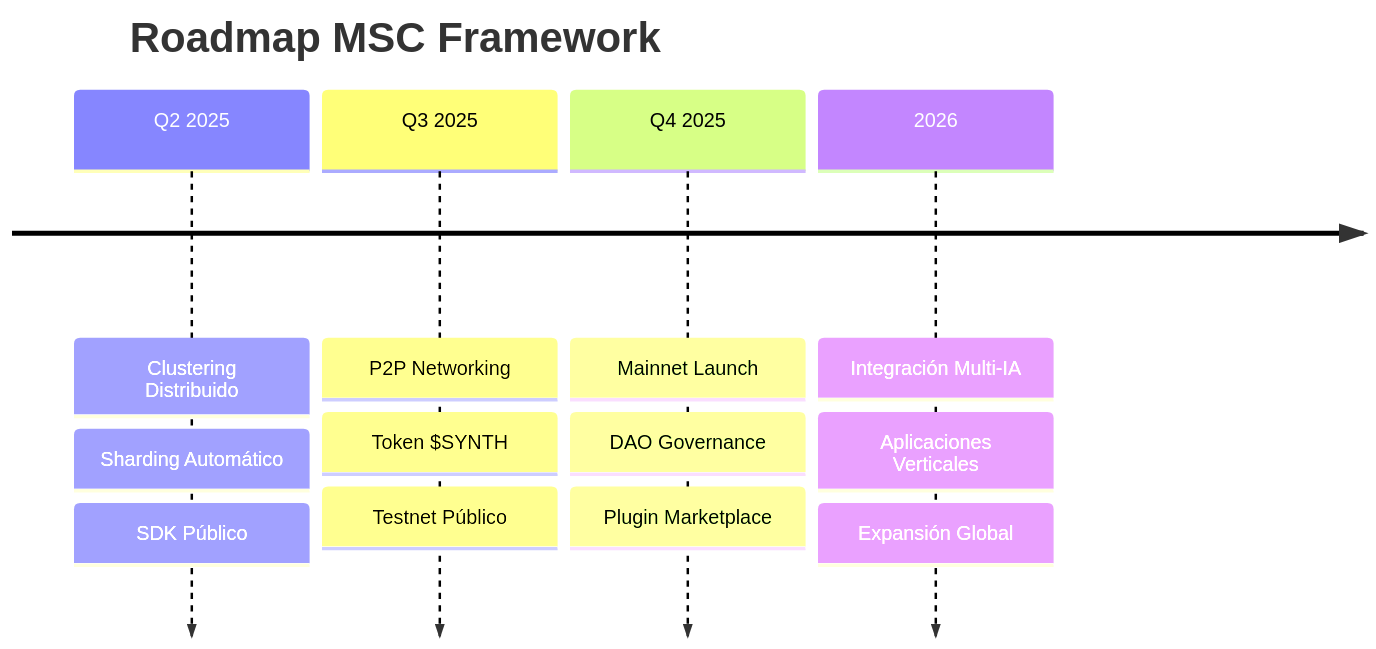
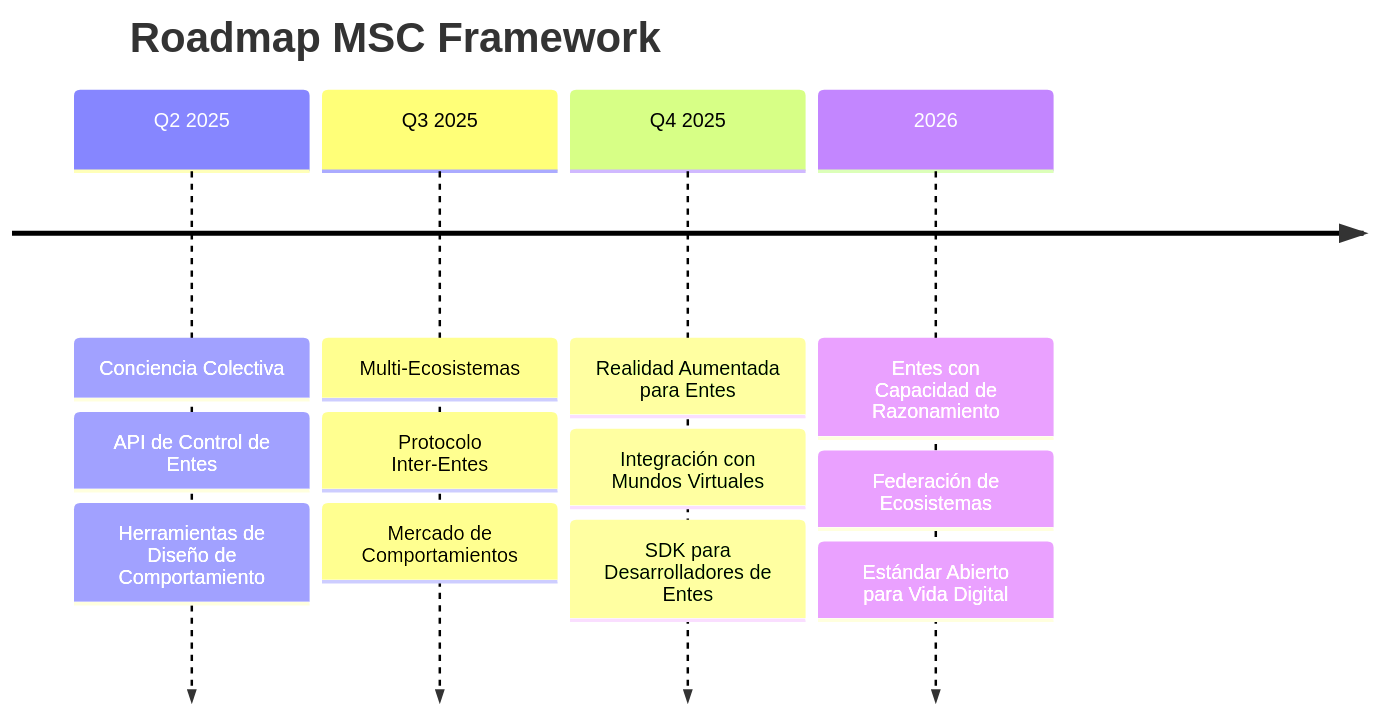
Before and after one commit to esraderey/synth-msc: the second of 2 diagrams in README.md, drawn with Mermaid. The commit also changed other lines of this file, not shown here.

````diff
--- a/README.md
+++ b/README.md
@@ -654,20 +832,20 @@
 ```mermaid
 timeline
     title Roadmap MSC Framework
     
-    Q2 2025 : Clustering Distribuido
-            : Sharding Automático
-            : SDK Público
+    Q2 2025 : Conciencia Colectiva
+            : API de Control de Entes
+            : Herramientas de Diseño de Comportamiento
     
-    Q3 2025 : P2P Networking
-            : Token $SYNTH
-            : Testnet Público
+    Q3 2025 : Multi-Ecosistemas
+            : Protocolo Inter-Entes
+            : Mercado de Comportamientos
     
-    Q4 2025 : Mainnet Launch
-            : DAO Governance
-            : Plugin Marketplace
+    Q4 2025 : Realidad Aumentada para Entes
+            : Integración con Mundos Virtuales
+            : SDK para Desarrolladores de Entes
     
-    2026    : Integración Multi-IA
-            : Aplicaciones Verticales
-            : Expansión Global
+    2026    : Entes con Capacidad de Razonamiento
+            : Federación de Ecosistemas
+            : Estándar Abierto para Vida Digital
 ```
````
